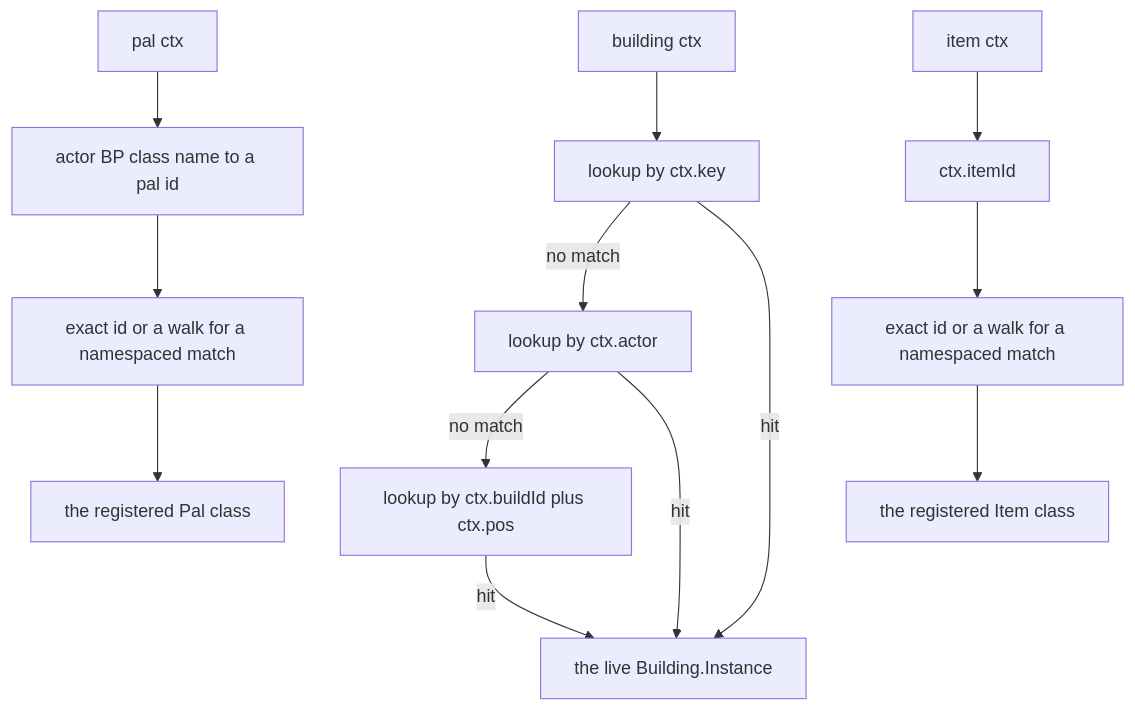
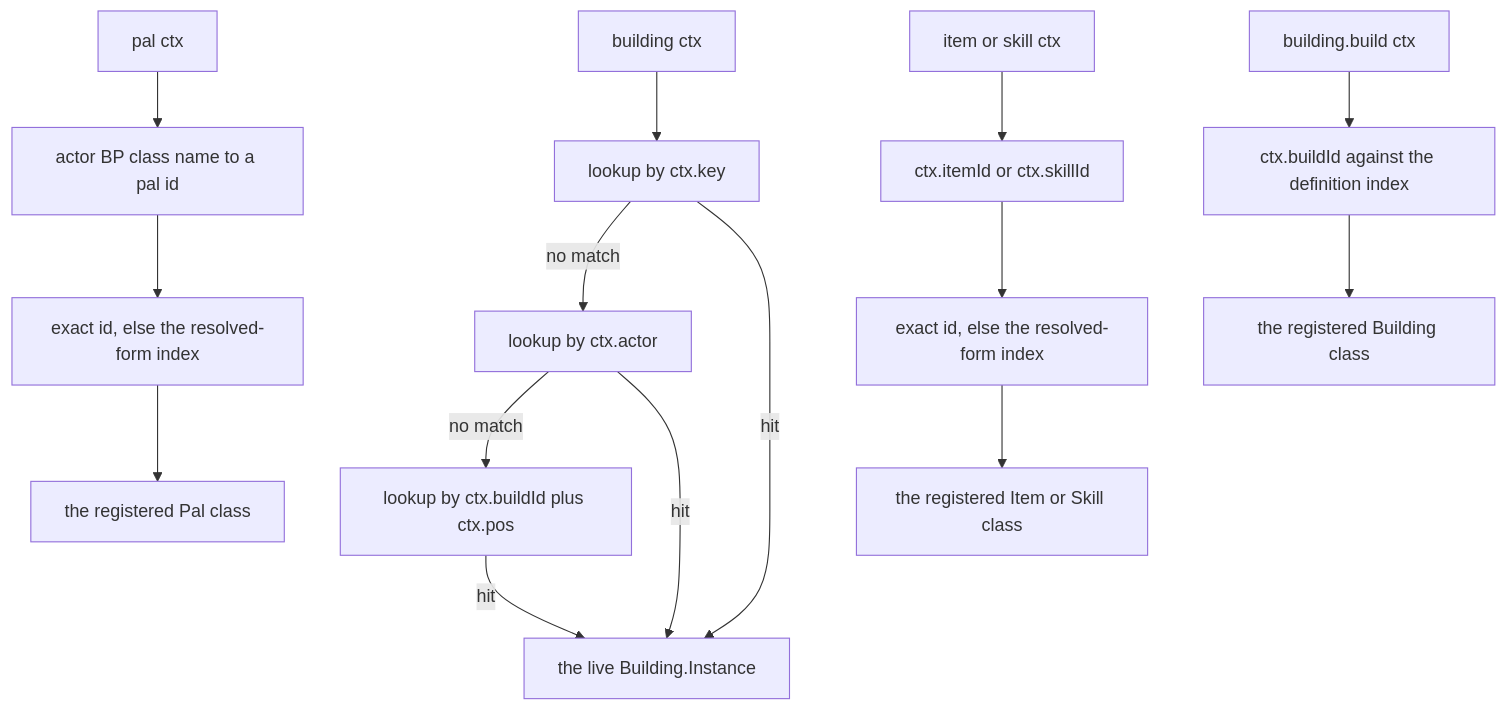
One commit to dr-mikan/PalForge changed the third of 8 diagrams in docs/content/docs/concepts/lifecycle.ja.mdx. Above: the diagram before and after it, drawn with Mermaid. The commit also changed other lines of this file and 190 other files, not shown here.

````diff
--- a/docs/content/docs/concepts/lifecycle.ja.mdx
+++ b/docs/content/docs/concepts/lifecycle.ja.mdx
@@ -102,15 +136,17 @@
 ```mermaid
 flowchart TD
     B["building ctx"] --> B1["lookup by ctx.key"]
     B1 -->|no match| B2["lookup by ctx.actor"]
     B2 -->|no match| B3["lookup by ctx.buildId plus ctx.pos"]
     B1 -->|hit| BI["the live Building.Instance"]
     B2 -->|hit| BI
     B3 -->|hit| BI
     P["pal ctx"] --> P1["actor BP class name to a pal id"]
-    P1 --> PX["exact id or a walk for a namespaced match"]
+    P1 --> PX["exact id, else the resolved-form index"]
     PX --> PC["the registered Pal class"]
-    I["item ctx"] --> I1["ctx.itemId"]
-    I1 --> IX["exact id or a walk for a namespaced match"]
-    IX --> IC["the registered Item class"]
+    I["item or skill ctx"] --> I1["ctx.itemId or ctx.skillId"]
+    I1 --> IX["exact id, else the resolved-form index"]
+    IX --> IC["the registered Item or Skill class"]
+    V["building.build ctx"] --> V1["ctx.buildId against the definition index"]
+    V1 --> VC["the registered Building class"]
 ```
````
